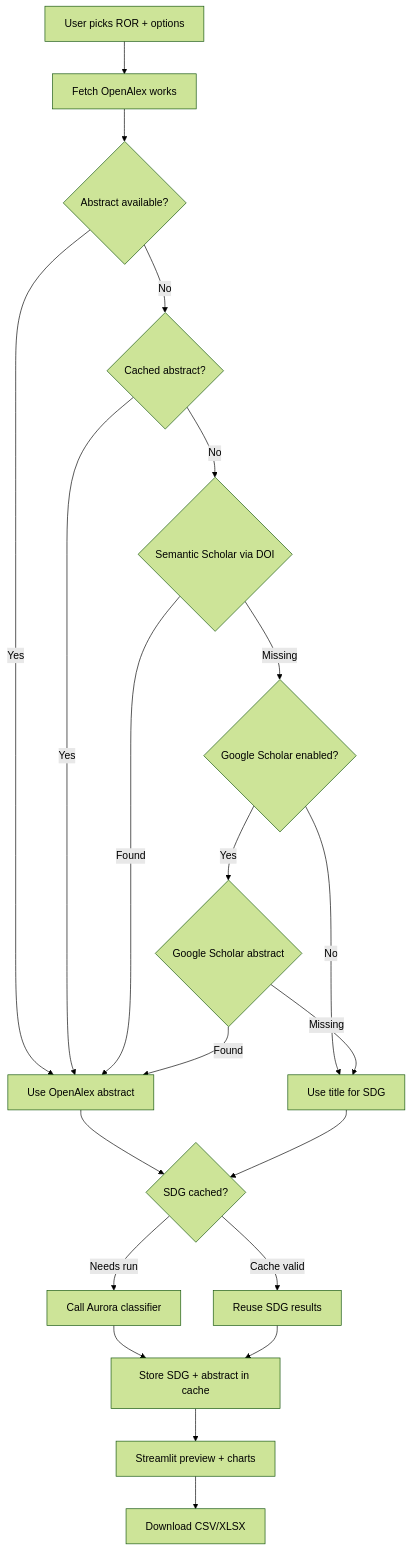
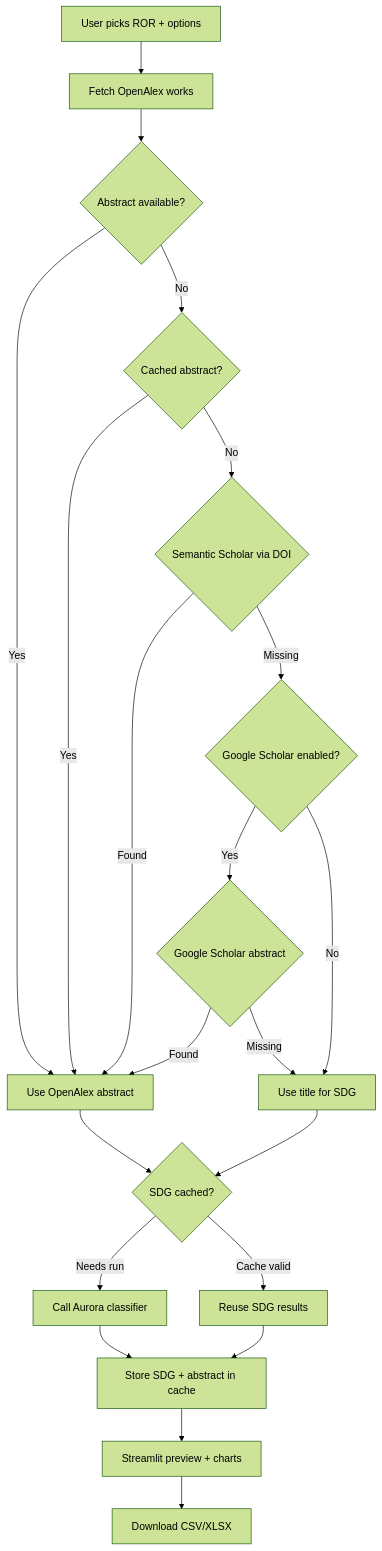
Before and after one commit to jmiba/Aurora-SDG-Publication-Classifier: the diagram in README.md, drawn with Mermaid (forest theme).

Commit message:
Fix flowchart logic in README.md

````diff
--- a/README.md
+++ b/README.md
@@ -19,23 +19,23 @@
 ```mermaid
 flowchart TB
     A[User picks ROR + options] --> B[Fetch OpenAlex works]
     B --> C{Abstract available?}
     C -->|Yes| D[Use OpenAlex abstract]
     C -->|No| E{Cached abstract?}
     E -->|Yes| D
     E -->|No| F{Semantic Scholar via DOI}
     F -->|Found| D
     F -->|Missing| G{Google Scholar enabled?}
-    G -->|No| H[Use title for SDG]
+    I -->|Missing| H[Use title for SDG]
+    G -->|No| H
     G -->|Yes| I{Google Scholar abstract}
     I -->|Found| D
-    I -->|Missing| H
     D --> J{SDG cached?}
     H --> J
     J -->|Cache valid| K[Reuse SDG results]
     J -->|Needs run| L[Call Aurora classifier]
     L --> M[Store SDG + abstract in cache]
     K --> M
     M --> N[Streamlit preview + charts]
     N --> O[Download CSV/XLSX]
 ```
````
